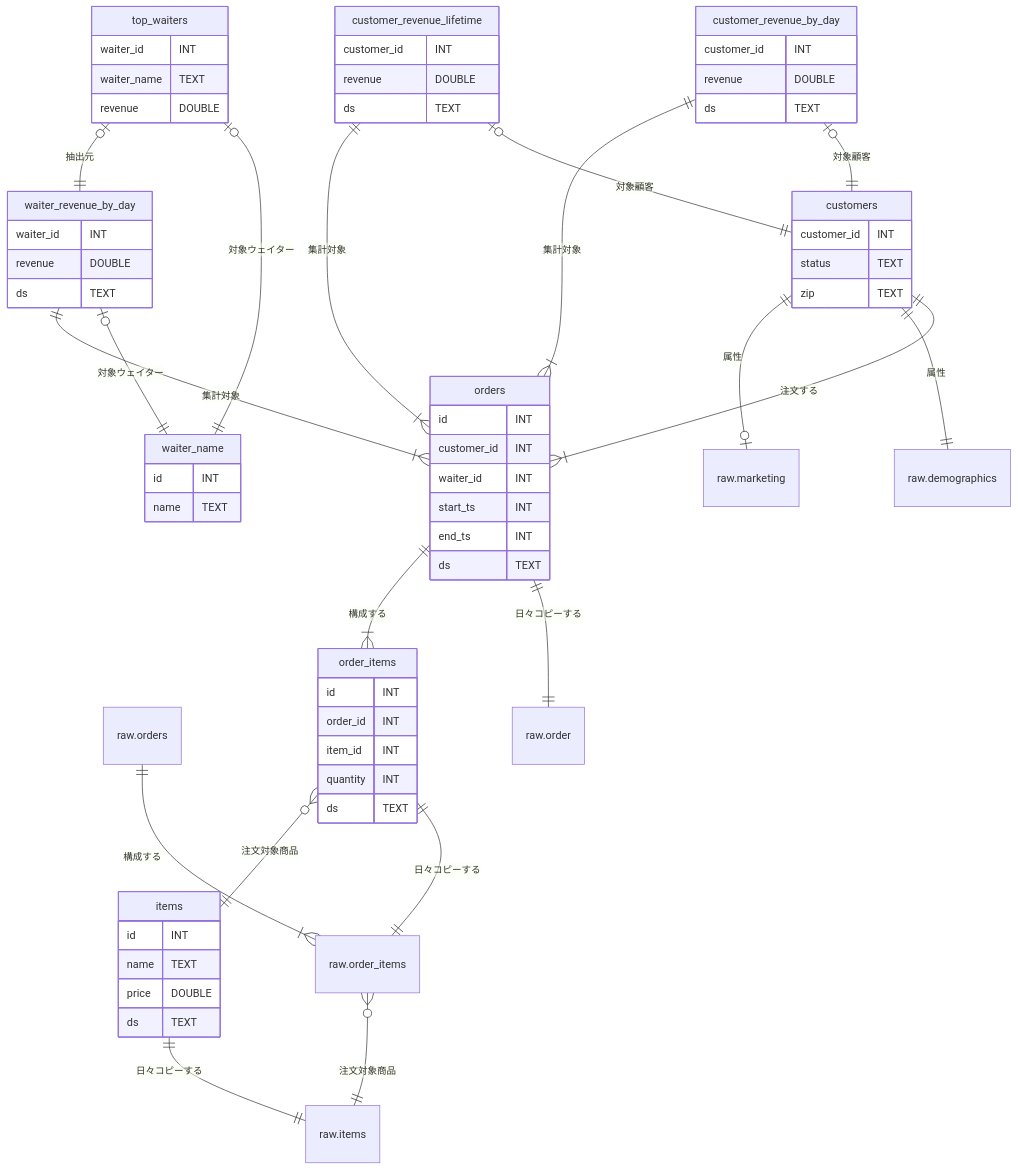
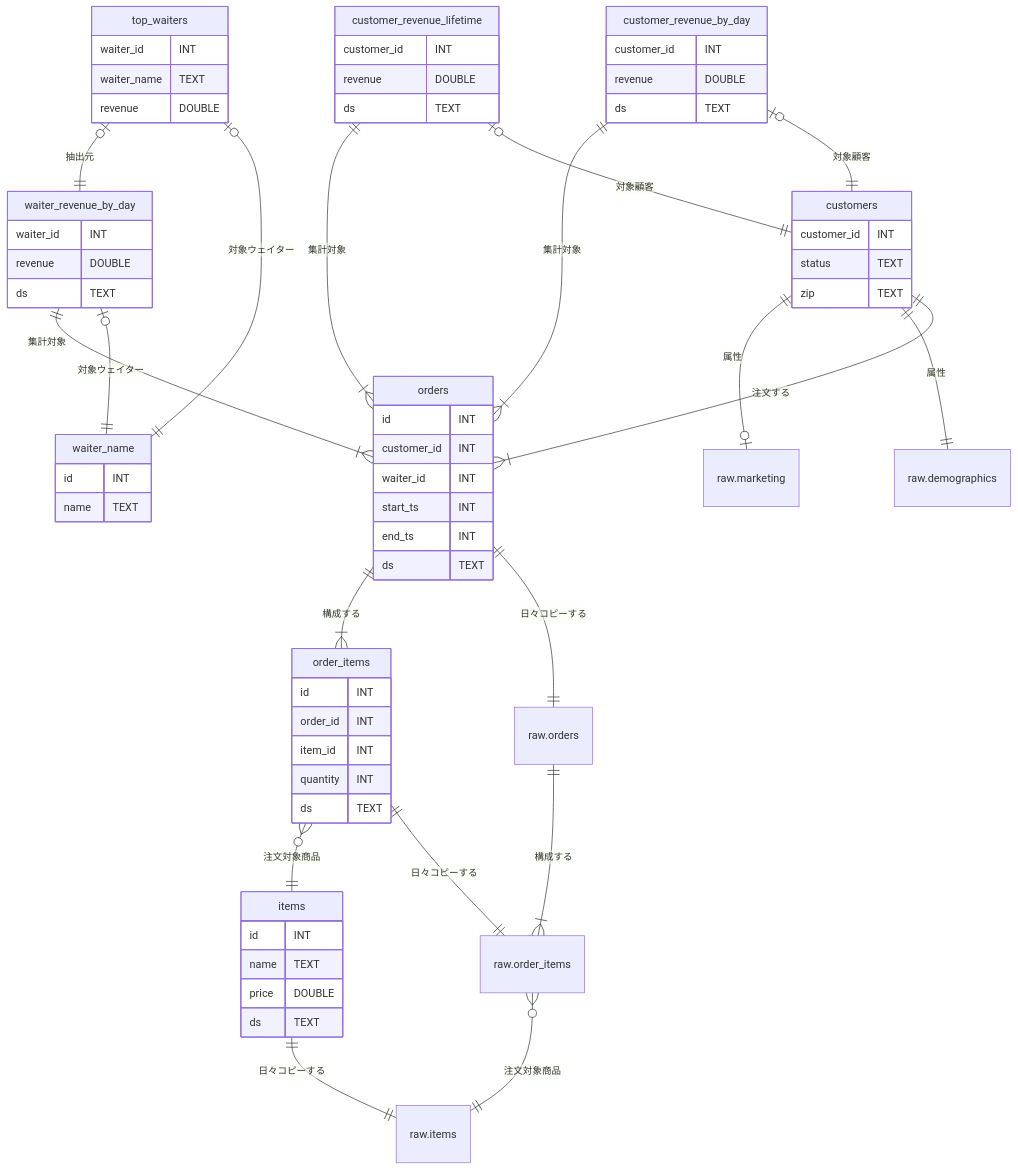
The third of 3 diagrams in articles/8752f660373534.md (take0a/zenn-docs), drawn with Mermaid before and after one commit.

````diff
--- a/articles/8752f660373534.md
+++ b/articles/8752f660373534.md
@@ -1546,81 +1546,81 @@
 ```mermaid
 erDiagram
     "raw.orders" ||--|{ "raw.order_items" : "構成する"
     "raw.order_items" }o--|| "raw.items" : "注文対象商品"
     "raw.marketing" {
     }
     "raw.demographics" {
     }
     "raw.orders"{
     }
     "raw.order_items" {
     }
     "raw.items" {
     }
     waiter_name {
         id INT
         name TEXT
     }
     customers ||--|{ orders : "注文する"
     customers ||--|| "raw.demographics" : "属性"
     customers ||--o| "raw.marketing" : "属性"
     customers {
         customer_id INT
         status TEXT
         zip TEXT
     }
     items ||--|| "raw.items" : "日々コピーする"
     items {
       id INT
       name TEXT
       price DOUBLE
       ds TEXT
     }
-    orders ||--|| "raw.order" : "日々コピーする"
+    orders ||--|| "raw.orders" : "日々コピーする"
     orders ||--|{ order_items : "構成する"
     orders {
       id INT
       customer_id INT
       waiter_id INT
       start_ts INT
       end_ts INT
       ds TEXT
     }
     order_items ||--|| "raw.order_items" : "日々コピーする"
     order_items }o--|| items : "注文対象商品"
     order_items {
       id INT
       order_id INT
       item_id INT
       quantity INT
       ds TEXT
     }
     customer_revenue_by_day |o--|| customers : "対象顧客"
     customer_revenue_by_day ||--|{ orders: "集計対象"
     customer_revenue_by_day {
         customer_id INT
         revenue DOUBLE
         ds TEXT
     }
     customer_revenue_lifetime |o--|| customers : "対象顧客"
     customer_revenue_lifetime ||--|{ orders: "集計対象"
     customer_revenue_lifetime {
         customer_id INT
         revenue DOUBLE
         ds TEXT
     }
     waiter_revenue_by_day |o--|| waiter_name : "対象ウェイター"
     waiter_revenue_by_day ||--|{ orders: "集計対象"
     waiter_revenue_by_day {
         waiter_id INT
         revenue DOUBLE
         ds TEXT
     }
     top_waiters |o--|| waiter_name : "対象ウェイター"
     top_waiters |o--|| waiter_revenue_by_day : "抽出元"
     top_waiters {
         waiter_id INT
         waiter_name TEXT
         revenue DOUBLE
     }
 ```
````
